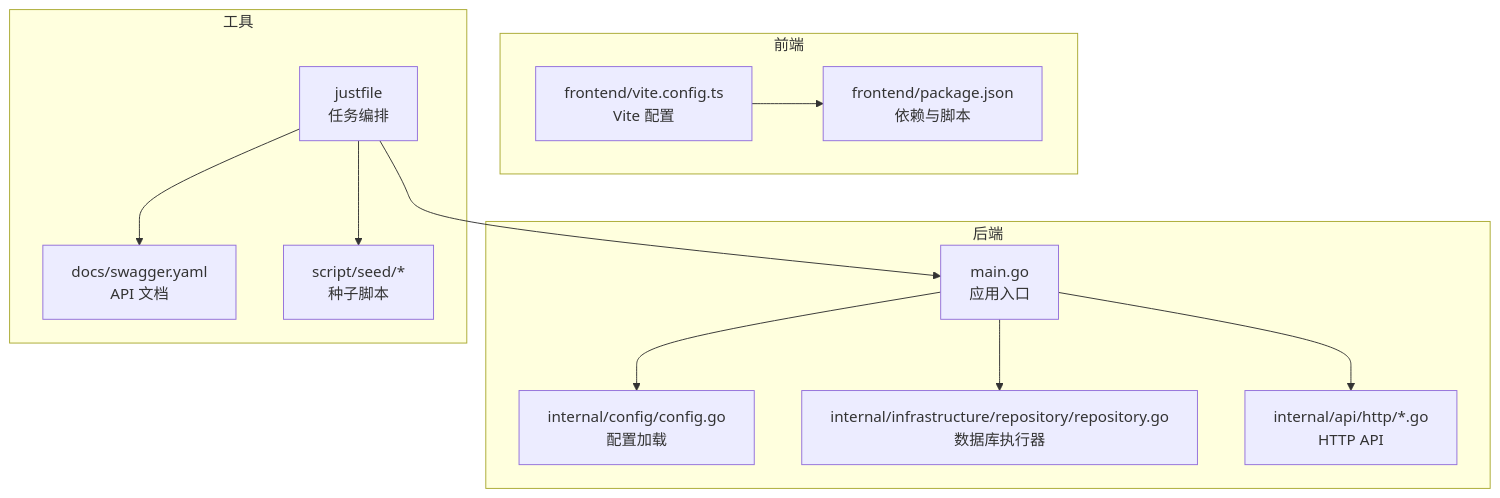
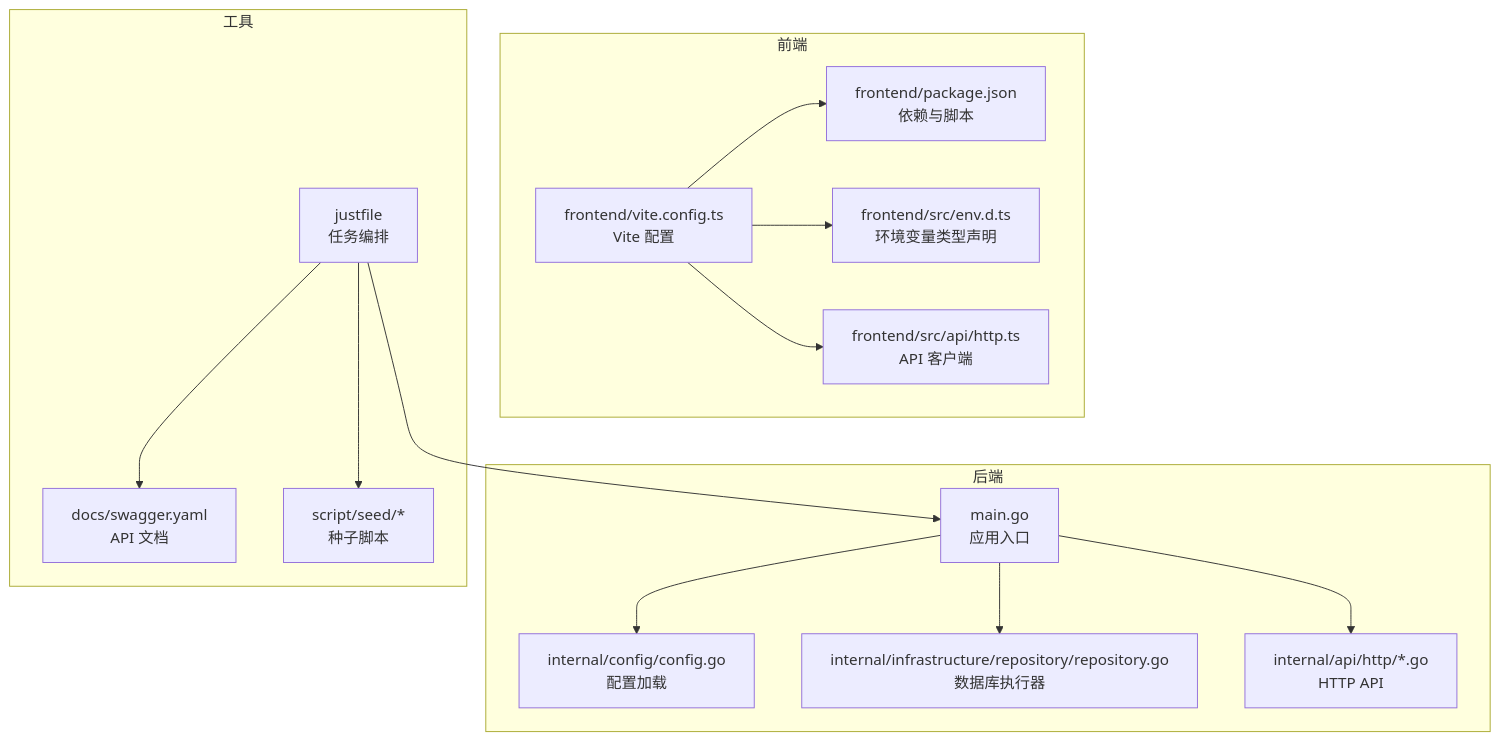
One commit to ATOMLubover/poprako changed the first of 3 diagrams in .qoder/repowiki/zh/content/开发指南/开发环境配置.md. Above: the diagram before and after it, drawn with Mermaid. The commit also changed other lines of this file and 22 other files, not shown here.

````diff
--- a/.qoder/repowiki/zh/content/开发指南/开发环境配置.md
+++ b/.qoder/repowiki/zh/content/开发指南/开发环境配置.md
@@ -41,25 +51,29 @@
 ```mermaid
 graph TB
 subgraph "后端"
 M["main.go<br/>应用入口"]
 CFG["internal/config/config.go<br/>配置加载"]
 DB["internal/infrastructure/repository/repository.go<br/>数据库执行器"]
 API["internal/api/http/*.go<br/>HTTP API"]
 end
 subgraph "前端"
 VP["frontend/vite.config.ts<br/>Vite 配置"]
 PKG["frontend/package.json<br/>依赖与脚本"]
+ENV["frontend/src/env.d.ts<br/>环境变量类型声明"]
+HTTP["frontend/src/api/http.ts<br/>API 客户端"]
 end
 subgraph "工具"
 JF["justfile<br/>任务编排"]
 SW["docs/swagger.yaml<br/>API 文档"]
 SEED["script/seed/*<br/>种子脚本"]
 end
 M --> CFG
 M --> DB
 M --> API
 VP --> PKG
+VP --> ENV
+VP --> HTTP
 JF --> M
 JF --> SW
 JF --> SEED
 ```
````
